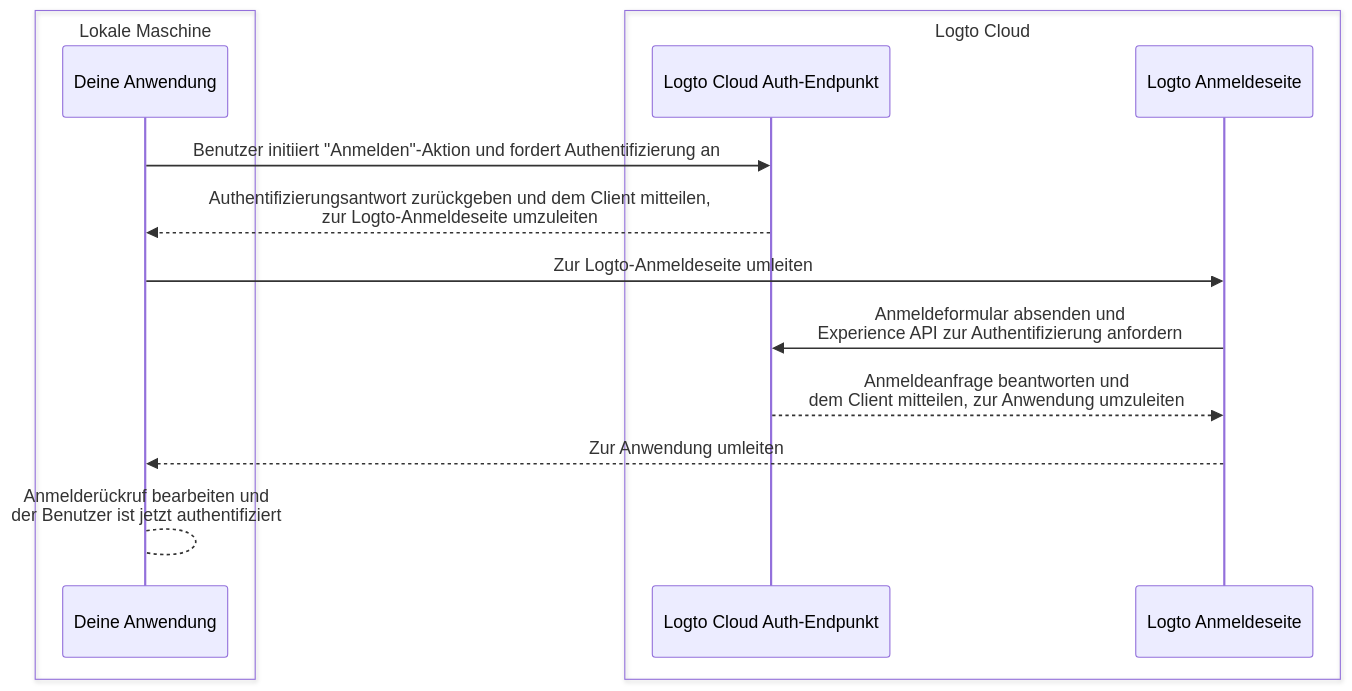
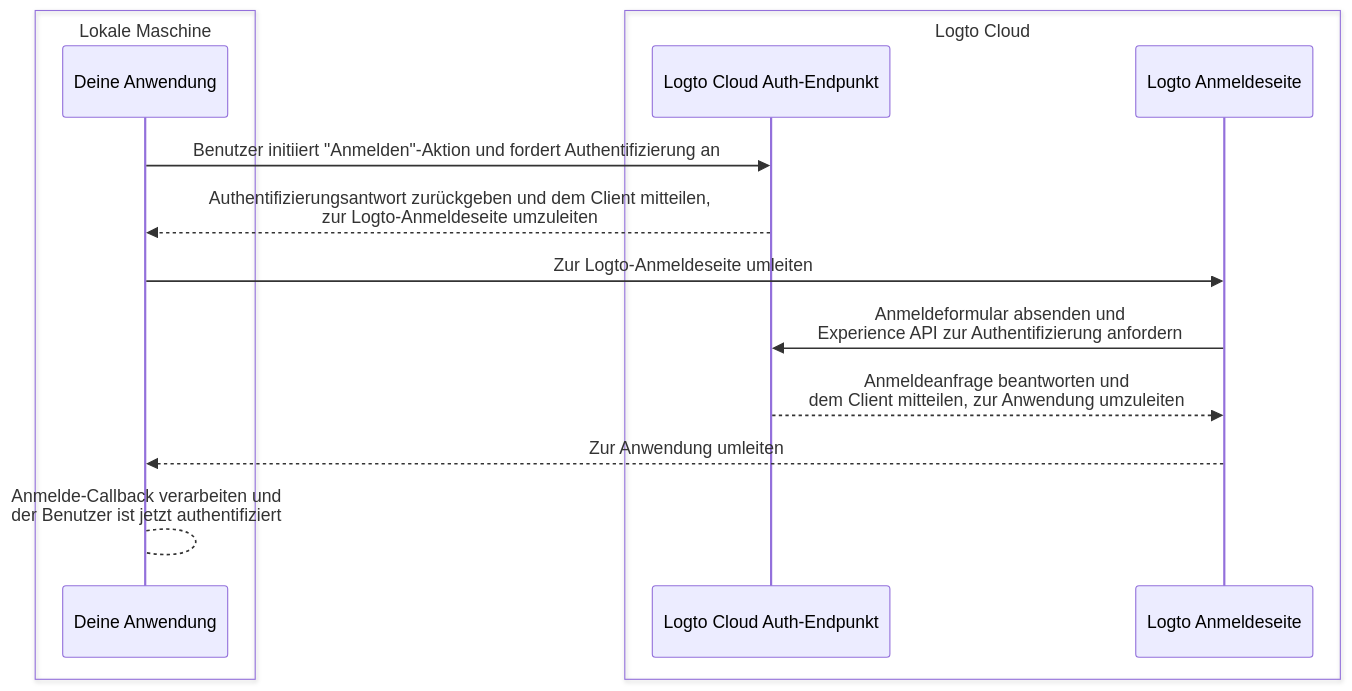
One commit to logto-io/docs changed the first of 2 diagrams in i18n/de/docusaurus-plugin-content-docs/current/customization/bring-your-ui/debug-and-test-your-custom-ui-locally.mdx. Above: the diagram before and after it, drawn with Mermaid. The commit also changed other lines of this file and 428 other files, not shown here.

````diff
--- a/i18n/de/docusaurus-plugin-content-docs/current/customization/bring-your-ui/debug-and-test-your-custom-ui-locally.mdx
+++ b/i18n/de/docusaurus-plugin-content-docs/current/customization/bring-your-ui/debug-and-test-your-custom-ui-locally.mdx
@@ -18,17 +18,17 @@
 ```mermaid
 sequenceDiagram
     box Lokale Maschine
     participant A as Deine Anwendung
     end
     box Logto Cloud
     participant B as Logto Cloud Auth-Endpunkt
     participant C as Logto Anmeldeseite
     end
     A ->> B: Benutzer initiiert "Anmelden"-Aktion und fordert Authentifizierung an
     B -->> A: Authentifizierungsantwort zurückgeben und dem Client mitteilen,<br/>zur Logto-Anmeldeseite umzuleiten
     A ->> C: Zur Logto-Anmeldeseite umleiten
     C ->> B: Anmeldeformular absenden und<br/>Experience API zur Authentifizierung anfordern
     B -->> C: Anmeldeanfrage beantworten und<br/>dem Client mitteilen, zur Anwendung umzuleiten
     C -->> A: Zur Anwendung umleiten
-    A --> A: Anmelderückruf bearbeiten und<br/>der Benutzer ist jetzt authentifiziert
+    A --> A: Anmelde-Callback verarbeiten und<br/>der Benutzer ist jetzt authentifiziert
 ```
````
